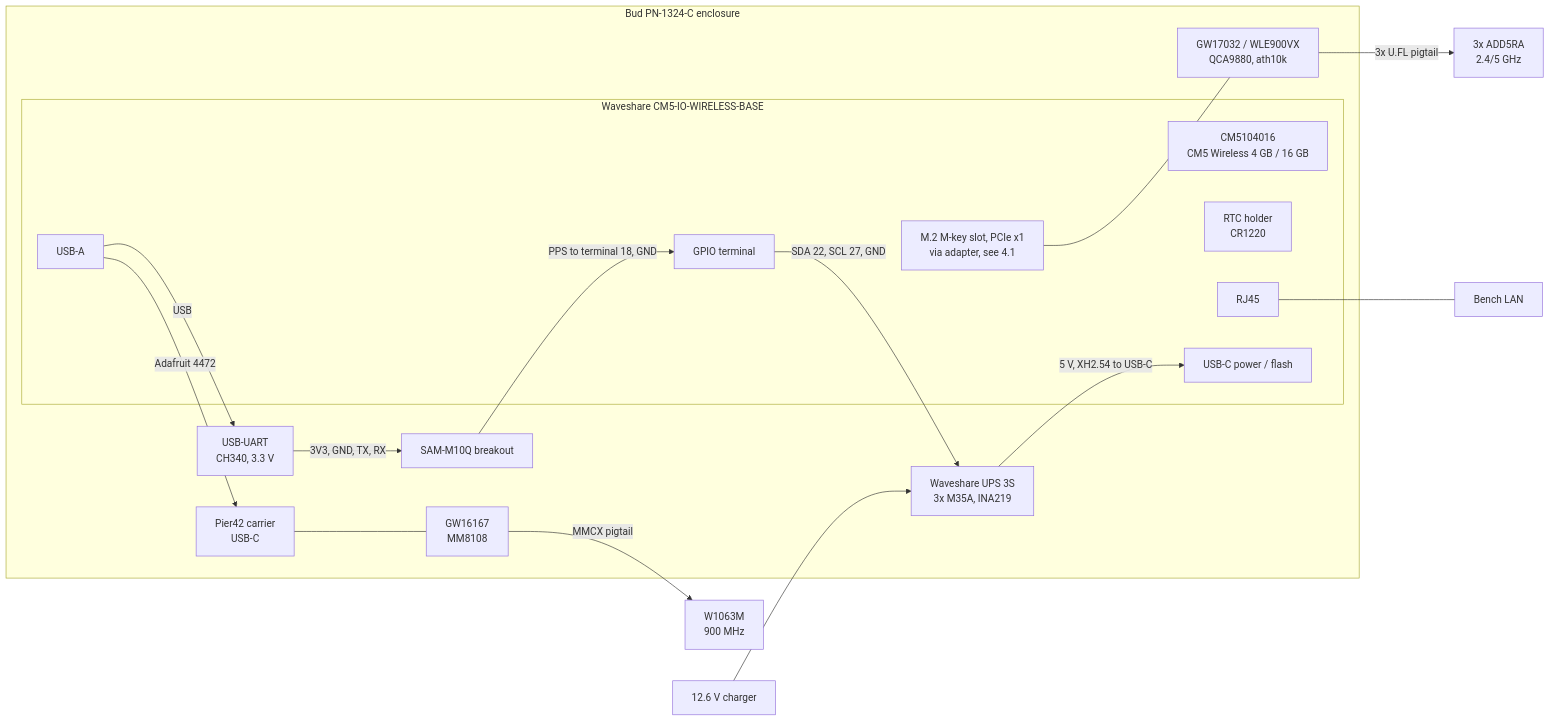
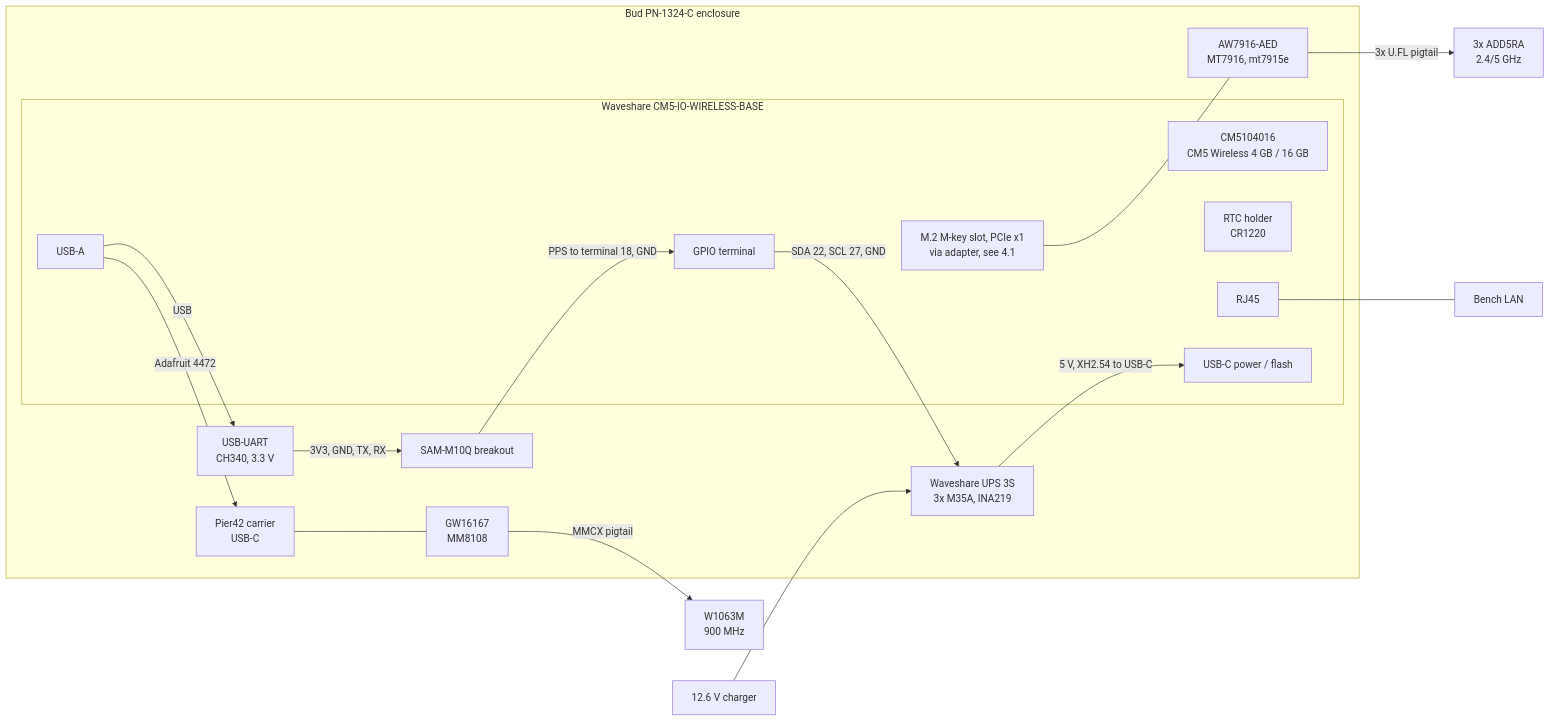
The first of 2 diagrams in project/poc/bench-bom-and-topology.md (ghostnet-labs/docs), drawn with Mermaid before and after one commit. The commit also changed other lines of this file and 9 other files, not shown here.

````diff
--- a/project/poc/bench-bom-and-topology.md
+++ b/project/poc/bench-bom-and-topology.md
@@ -93,32 +93,32 @@
 ```mermaid
 flowchart LR
   subgraph ENC[Bud PN-1324-C enclosure]
     subgraph CAR[Waveshare CM5-IO-WIRELESS-BASE]
       CM5[CM5104016<br/>CM5 Wireless 4 GB / 16 GB]
       MPCIE[M.2 M-key slot, PCIe x1<br/>via adapter, see 4.1]
       USBA[USB-A]
       GPIO[GPIO terminal]
       RTC[RTC holder<br/>CR1220]
       RJ45[RJ45]
       USBC[USB-C power / flash]
     end
-    WIFI[GW17032 / WLE900VX<br/>QCA9880, ath10k]
+    WIFI[AW7916-AED<br/>MT7916, mt7915e]
     PIER[Pier42 carrier<br/>USB-C]
     HALOW[GW16167<br/>MM8108]
     GNSS[SAM-M10Q breakout]
     SB[USB-UART<br/>CH340, 3.3 V]
     UPS[Waveshare UPS 3S<br/>3x M35A, INA219]
   end
   MPCIE --- WIFI
   WIFI -- 3x U.FL pigtail --> WANT[3x ADD5RA<br/>2.4/5 GHz]
   USBA -- Adafruit 4472 --> PIER
   PIER --- HALOW
   HALOW -- MMCX pigtail --> HANT[W1063M<br/>900 MHz]
   USBA -- USB --> SB
   SB -- 3V3, GND, TX, RX --> GNSS
   GNSS -- PPS to terminal 18, GND --> GPIO
   GPIO -- SDA 22, SCL 27, GND --> UPS
   UPS -- 5 V, XH2.54 to USB-C --> USBC
   RJ45 --- LAN[Bench LAN]
   CHG[12.6 V charger] --> UPS
 ```
````
